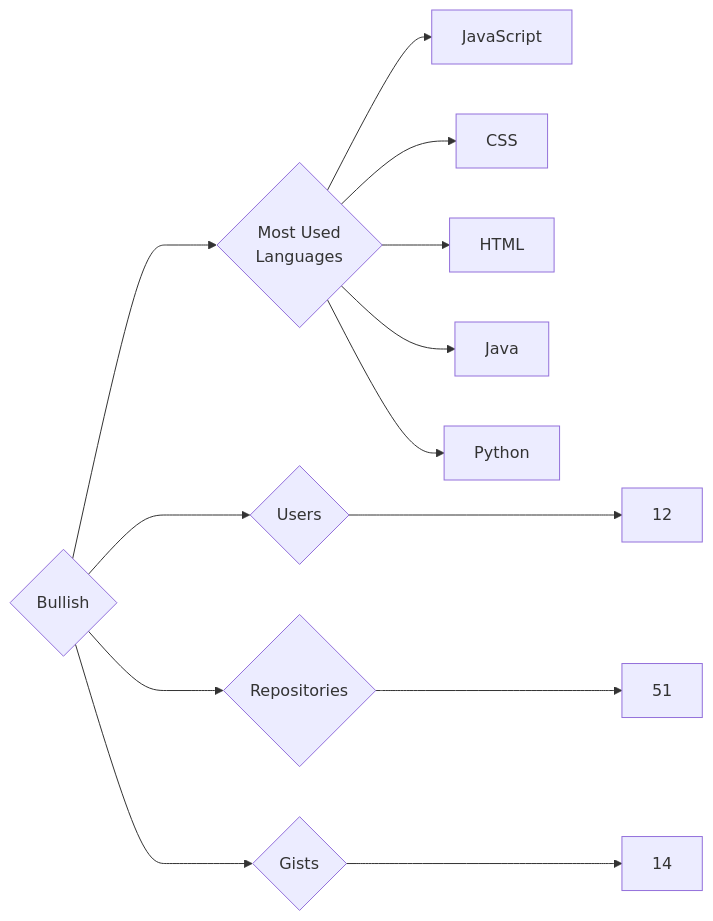
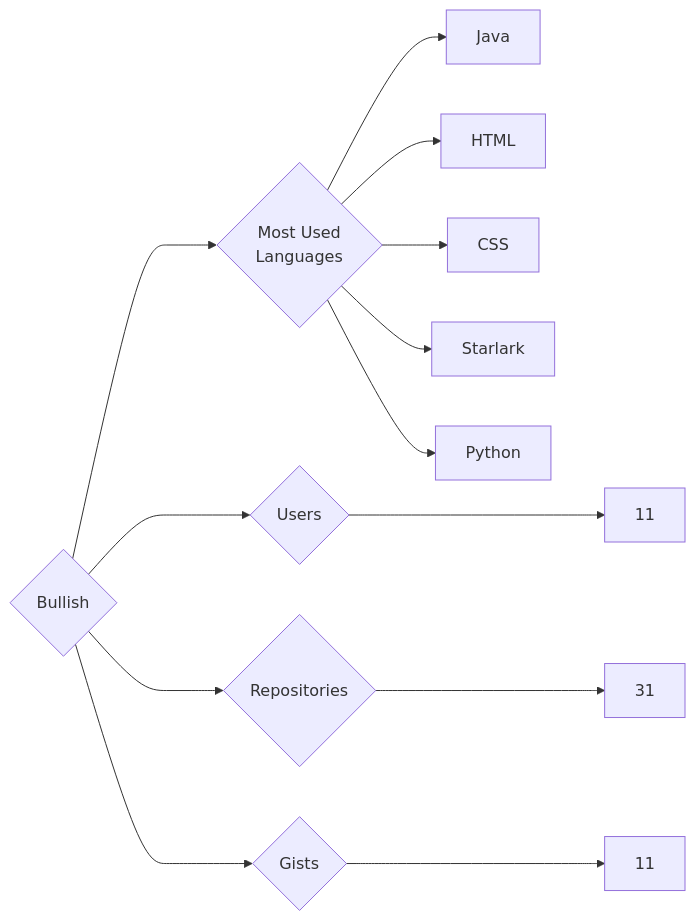
The diagram in targets/Bullish/README.md (trickest/insiders), drawn with Mermaid before and after one commit. The commit also changed 965 other files, not shown here.

````diff
--- a/targets/Bullish/README.md
+++ b/targets/Bullish/README.md
@@ -3,13 +3,13 @@
 ```mermaid
 graph LR
 COMPANY_NAME{Bullish}
-COMPANY_NAME ---> U{Users} ---> UN[12]
-COMPANY_NAME ---> R{Repositories} ---> RN[51]
-COMPANY_NAME ---> G{Gists} ---> GN[14]
+COMPANY_NAME ---> U{Users} ---> UN[11]
+COMPANY_NAME ---> R{Repositories} ---> RN[31]
+COMPANY_NAME ---> G{Gists} ---> GN[11]
 COMPANY_NAME ---> ML{Most Used<br>Languages}
-ML --> JavaScript[JavaScript]
+ML --> Java[Java]
+ML --> HTML[HTML]
 ML --> CSS[CSS]
-ML --> HTML[HTML]
-ML --> Java[Java]
+ML --> Starlark[Starlark]
 ML --> Python[Python]
 ```
````
